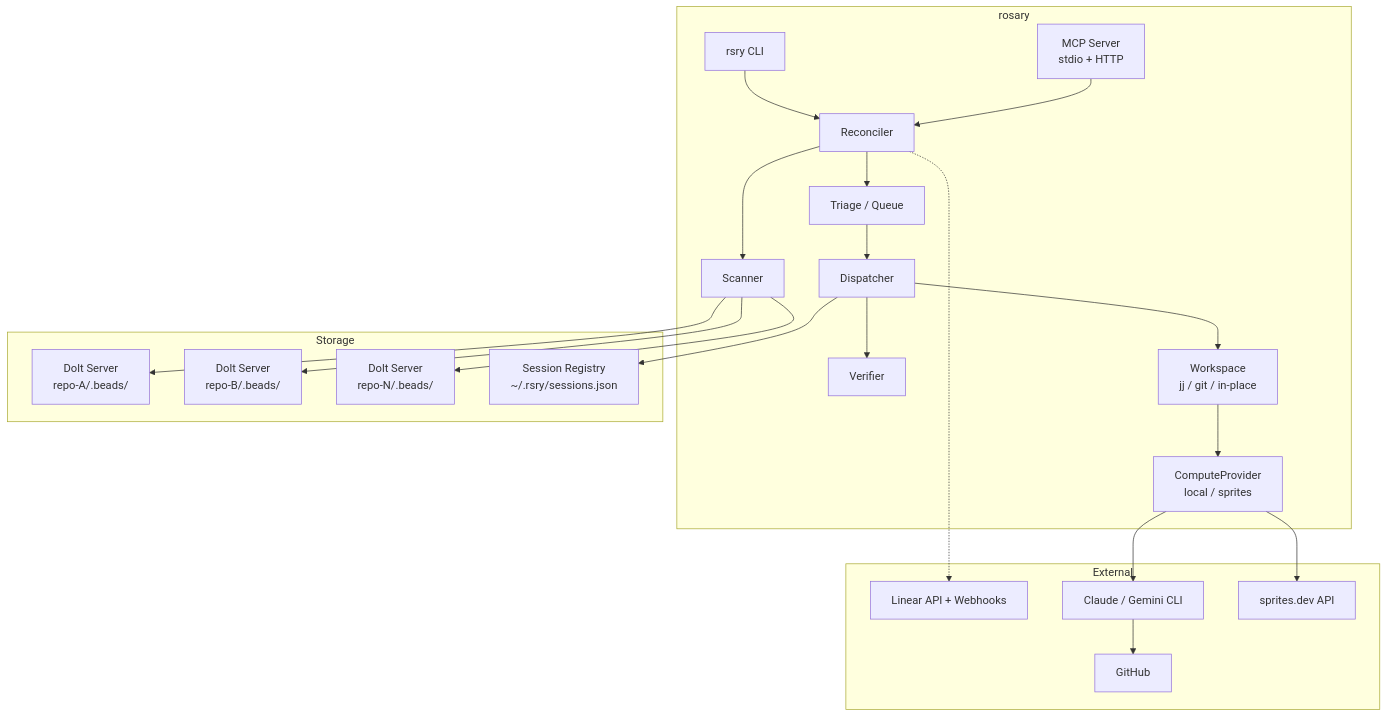
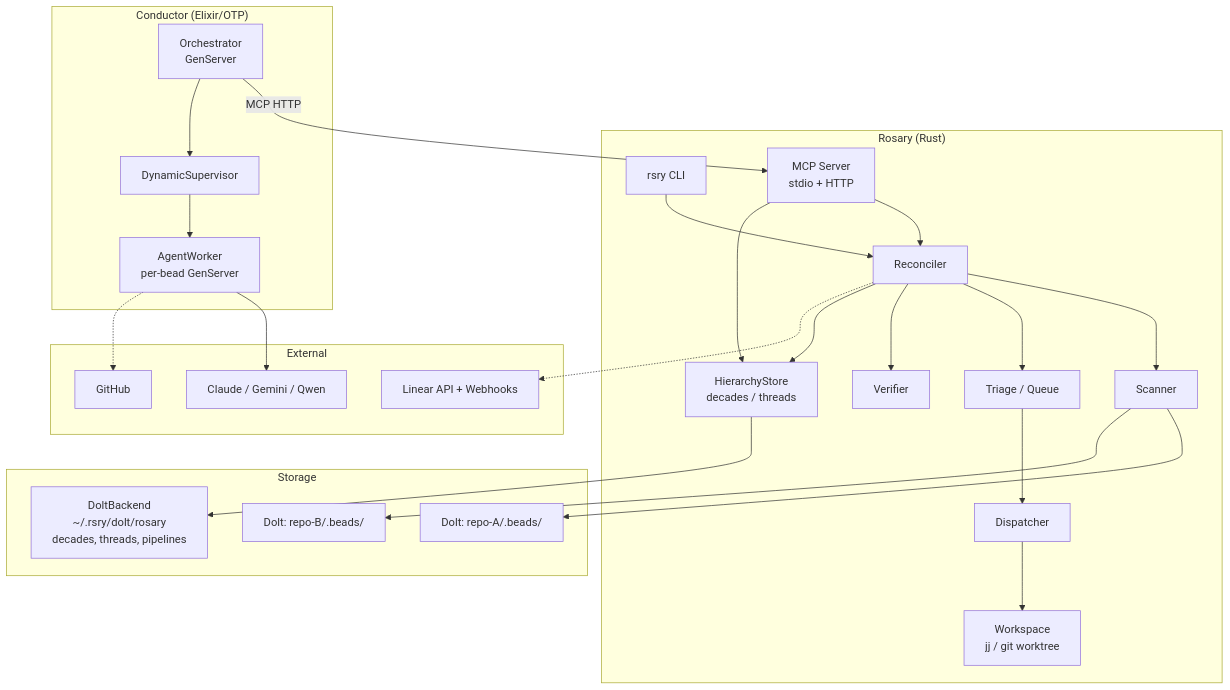
The first of 9 diagrams in docs/ARCHITECTURE.md (agentic-research/rosary), drawn with Mermaid before and after one commit. The commit also changed other lines of this file and 1 other file, not shown here.

First line of the commit message:
docs: rewrite ARCHITECTURE.md — BDR lattice, conductor, 26 tools

````diff
--- a/docs/ARCHITECTURE.md
+++ b/docs/ARCHITECTURE.md
@@ -7,41 +7,45 @@
 ```mermaid
 graph TB
-    subgraph "rosary"
+    subgraph "Rosary (Rust)"
         CLI[rsry CLI]
         MCP[MCP Server<br/>stdio + HTTP]
         RC[Reconciler]
         SC[Scanner]
         TR[Triage / Queue]
         DI[Dispatcher]
         VE[Verifier]
-        WS[Workspace<br/>jj / git / in-place]
-        CP[ComputeProvider<br/>local / sprites]
+        WS[Workspace<br/>jj / git worktree]
+        HS[HierarchyStore<br/>decades / threads]
+    end
+
+    subgraph "Conductor (Elixir/OTP)"
+        ORCH[Orchestrator<br/>GenServer]
+        SUP[DynamicSupervisor]
+        AW[AgentWorker<br/>per-bead GenServer]
     end
 
     subgraph "Storage"
-        D1[Dolt Server<br/>repo-A/.beads/]
-        D2[Dolt Server<br/>repo-B/.beads/]
-        DN[Dolt Server<br/>repo-N/.beads/]
-        SR[Session Registry<br/>~/.rsry/sessions.json]
+        D1[Dolt: repo-A/.beads/]
+        D2[Dolt: repo-B/.beads/]
+        DB[DoltBackend<br/>~/.rsry/dolt/rosary<br/>decades, threads, pipelines]
     end
 
     subgraph "External"
         LN[Linear API + Webhooks]
-        CC[Claude / Gemini CLI]
-        SP[sprites.dev API]
+        CC[Claude / Gemini / Qwen]
         GH[GitHub]
     end
 
     CLI --> RC
     MCP --> RC
-    RC --> SC --> D1 & D2 & DN
-    RC --> TR
-    TR --> DI
-    DI --> WS --> CP
-    CP --> CC
-    CP --> SP
-    DI --> VE
-    DI --> SR
+    MCP --> HS
+    ORCH -->|MCP HTTP| MCP
+    ORCH --> SUP --> AW
+    AW --> CC
+    RC --> SC --> D1 & D2
+    RC --> TR --> DI --> WS
+    RC --> VE
+    RC --> HS --> DB
     RC -.-> LN
-    CC --> GH
+    AW -.-> GH
 ```
````
